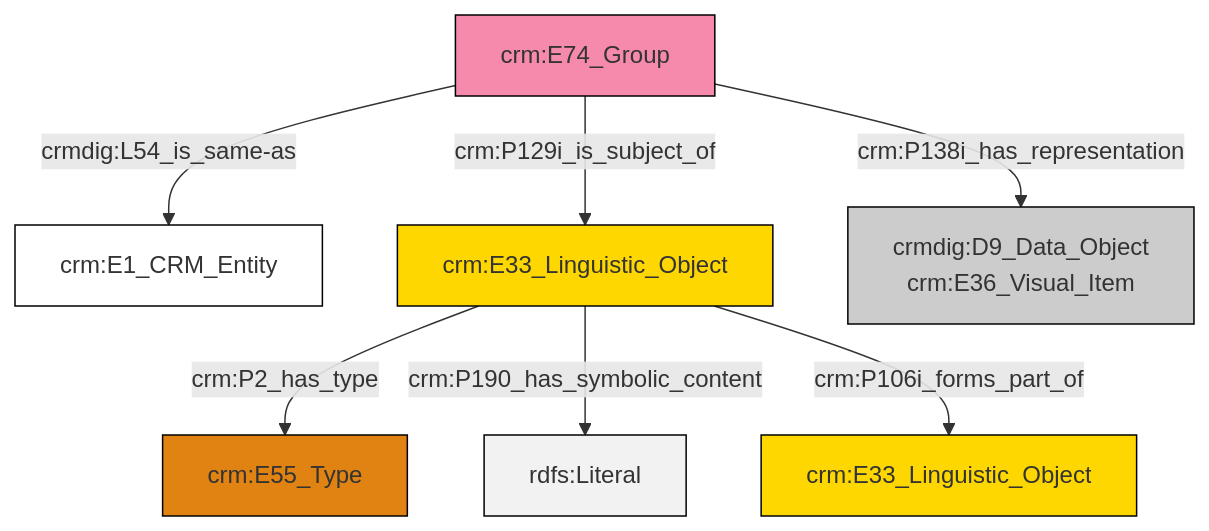
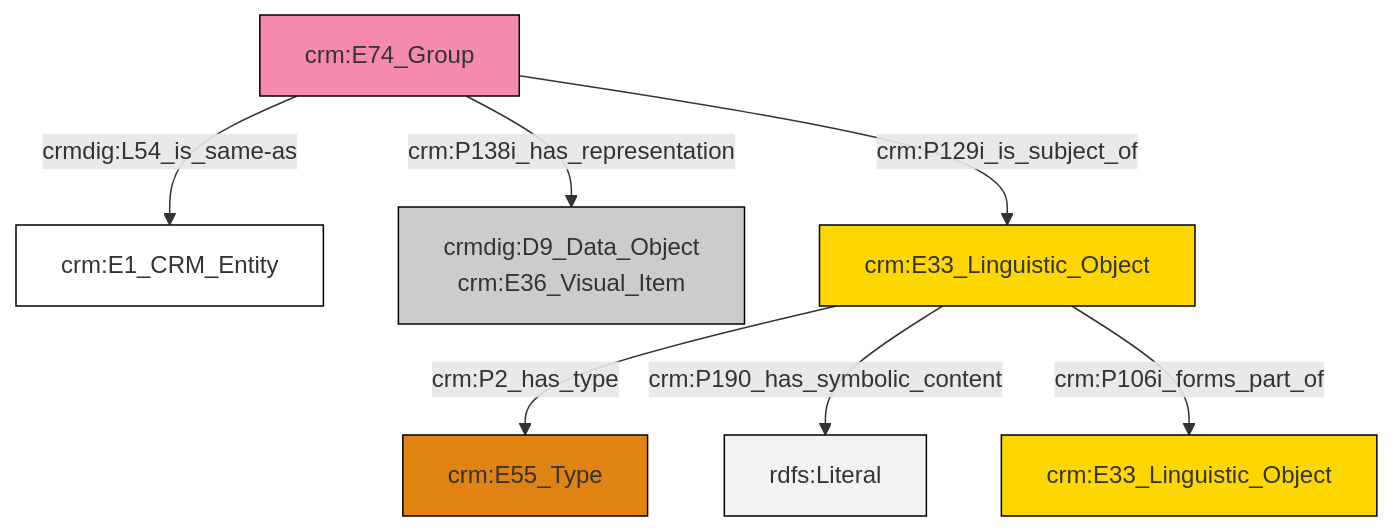
The diagram in et/groupCSV/ttl/mmd/group_documentation.ttl.mmd (swiss-art-research-net/reference-data-models), drawn with Mermaid before and after one commit. The commit also changed 125 other files, not shown here.

```diff
--- a/et/groupCSV/ttl/mmd/group_documentation.ttl.mmd
+++ b/et/groupCSV/ttl/mmd/group_documentation.ttl.mmd
@@ -1,21 +1,21 @@
 graph TD
 classDef Literal fill:#f2f2f2,stroke:#000000;
 classDef CRM_Entity fill:#FFFFFF,stroke:#000000;
 classDef Temporal_Entity fill:#00C9E6, stroke:#000000;
 classDef Type fill:#E18312, stroke:#000000;
 classDef Time-Span fill:#2C9C91, stroke:#000000;
 classDef Appellation fill:#FFEB7F, stroke:#000000;
 classDef Place fill:#008836, stroke:#000000;
 classDef Persistent_Item fill:#B266B2, stroke:#000000;
 classDef Conceptual_Object fill:#FFD700, stroke:#000000;
 classDef Physical_Thing fill:#D2B48C, stroke:#000000;
 classDef Actor fill:#f58aad, stroke:#000000;
 classDef PC_Classes fill:#4ce600, stroke:#000000;
 classDef Multi fill:#cccccc,stroke:#000000;
 
-2["crm:E33_Linguistic_Object"]:::Conceptual_Object -->|crm:P2_has_type| 3["crm:E55_Type"]:::Type
-5["crm:E74_Group"]:::Actor -->|crm:P138i_has_representation| 6["crmdig:D9_Data_Object<br>crm:E36_Visual_Item"]:::Multi
-2["crm:E33_Linguistic_Object"]:::Conceptual_Object -->|crm:P190_has_symbolic_content| 8[rdfs:Literal]:::Literal
-2["crm:E33_Linguistic_Object"]:::Conceptual_Object -->|crm:P106i_forms_part_of| 9["crm:E33_Linguistic_Object"]:::Conceptual_Object
-5["crm:E74_Group"]:::Actor -->|crmdig:L54_is_same-as| 0["crm:E1_CRM_Entity"]:::CRM_Entity
-5["crm:E74_Group"]:::Actor -->|crm:P129i_is_subject_of| 2["crm:E33_Linguistic_Object"]:::Conceptual_Object
+0["crm:E74_Group"]:::Actor -->|crm:P138i_has_representation| 4["crmdig:D9_Data_Object<br>crm:E36_Visual_Item"]:::Multi
+0["crm:E74_Group"]:::Actor -->|crmdig:L54_is_same-as| 2["crm:E1_CRM_Entity"]:::CRM_Entity
+5["crm:E33_Linguistic_Object"]:::Conceptual_Object -->|crm:P2_has_type| 7["crm:E55_Type"]:::Type
+5["crm:E33_Linguistic_Object"]:::Conceptual_Object -->|crm:P190_has_symbolic_content| 9[rdfs:Literal]:::Literal
+5["crm:E33_Linguistic_Object"]:::Conceptual_Object -->|crm:P106i_forms_part_of| 12["crm:E33_Linguistic_Object"]:::Conceptual_Object
+0["crm:E74_Group"]:::Actor -->|crm:P129i_is_subject_of| 5["crm:E33_Linguistic_Object"]:::Conceptual_Object
```
